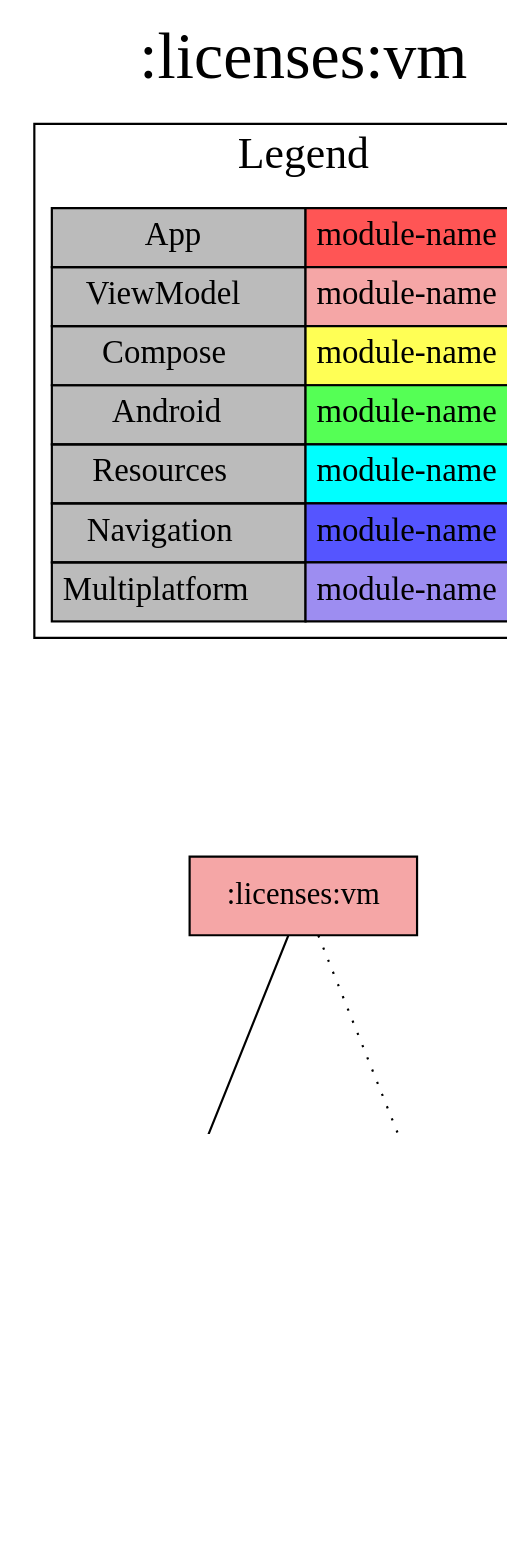
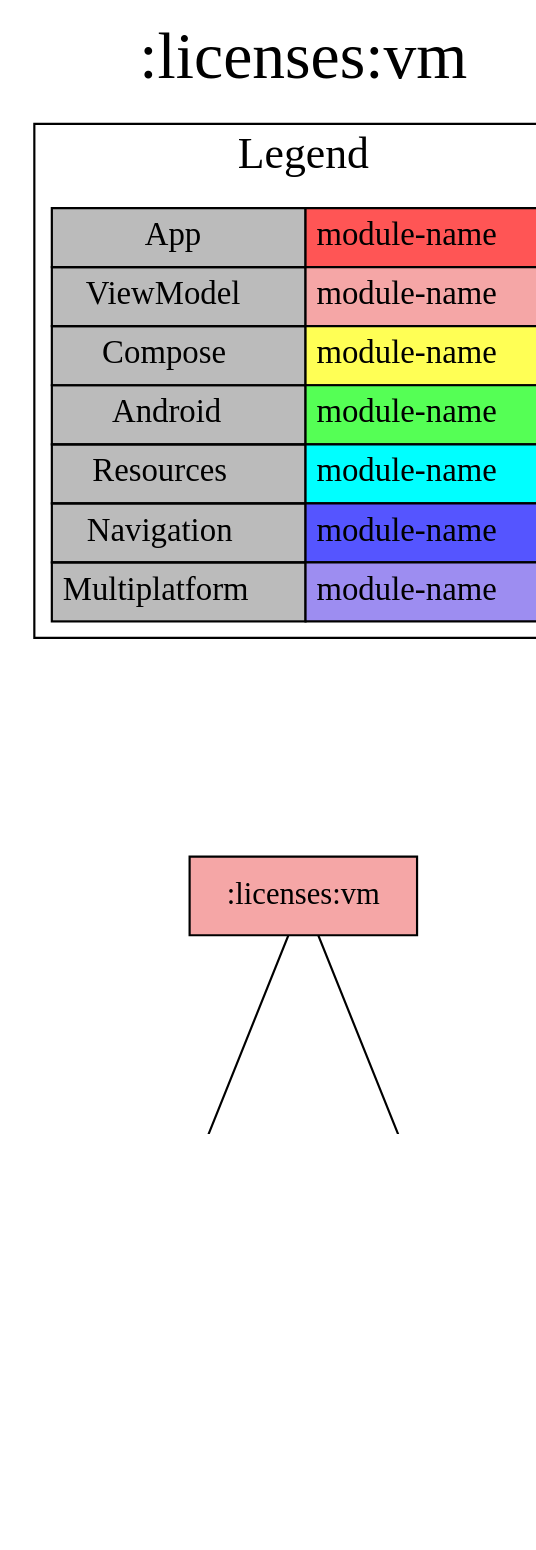
Before and after one commit to jonapoul/aktual: the diagram in modules/licenses/vm/project-dependency-graph.dot, drawn with Graphviz. The commit also changed 32 other files, not shown here.

```diff
--- a/modules/licenses/vm/project-dependency-graph.dot
+++ b/modules/licenses/vm/project-dependency-graph.dot
@@ -1,31 +1,31 @@
 digraph {
 edge ["dir"="forward"]
 graph ["dpi"="100","label"=":licenses:vm","labelloc"="t","fontsize"="30","ranksep"="1.5","rankdir"="TB"]
 node ["style"="filled"]
 ":licenses:vm" ["fillcolor"="#F5A6A6","shape"="box"]
+":core:log" ["fillcolor"="#9D8DF1","shape"="box"]
 ":licenses:data" ["fillcolor"="#9D8DF1","shape"="box"]
 ":core:coroutines" ["fillcolor"="#9D8DF1","shape"="box"]
-":core:log" ["fillcolor"="#9D8DF1","shape"="box"]
 {
 edge ["dir"="none"]
 graph ["rank"="same"]
 }
+":licenses:vm" -> ":core:log"
 ":licenses:vm" -> ":licenses:data"
-":licenses:vm" -> ":core:log" ["style"="dotted"]
 ":licenses:data" -> ":core:coroutines" ["style"="dotted"]
 subgraph "cluster_legend" {
 edge ["dir"="none"]
 graph ["label"="Legend","fontsize"="20"]
 "Legend" ["style"="filled","fillcolor"="#bbbbbb","shape"="none","margin"="0","fontsize"="15","label"=<
 <TABLE BORDER="0" CELLBORDER="1" CELLSPACING="0" CELLPADDING="4">
 <TR><TD>App</TD><TD BGCOLOR="#FF5555">module-name</TD></TR>
 <TR><TD>ViewModel</TD><TD BGCOLOR="#F5A6A6">module-name</TD></TR>
 <TR><TD>Compose</TD><TD BGCOLOR="#FFFF55">module-name</TD></TR>
 <TR><TD>Android</TD><TD BGCOLOR="#55FF55">module-name</TD></TR>
 <TR><TD>Resources</TD><TD BGCOLOR="#00FFFF">module-name</TD></TR>
 <TR><TD>Navigation</TD><TD BGCOLOR="#5555FF">module-name</TD></TR>
 <TR><TD>Multiplatform</TD><TD BGCOLOR="#9D8DF1">module-name</TD></TR>
 </TABLE>
 >]
 } -> ":licenses:vm" ["style"="invis"]
 }
```
